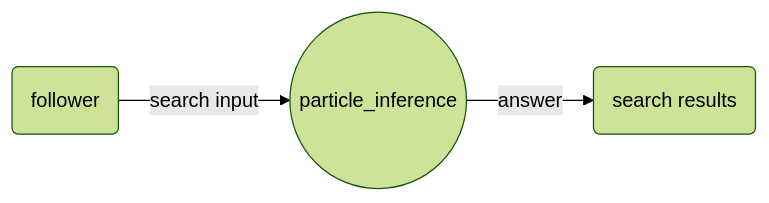
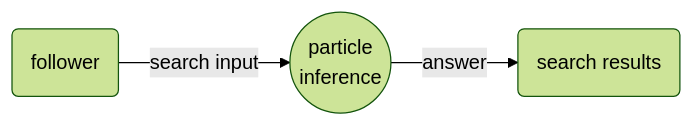
The third of 3 diagrams in docs/scripting.md (cybercongress/cyb-ts), drawn with Mermaid (forest theme) before and after one commit. The commit also changed other lines of this file and 3 other files, not shown here.

````diff
--- a/docs/scripting.md
+++ b/docs/scripting.md
@@ -49,4 +215,4 @@
 ```mermaid
 graph LR
-E(follower) -- search input --> C(("particle_inference")) -- answer --> D(search results)
+E(follower) -- search input --> C(("particle<br/>inference")) -- answer --> D(search results)
 ```
````
